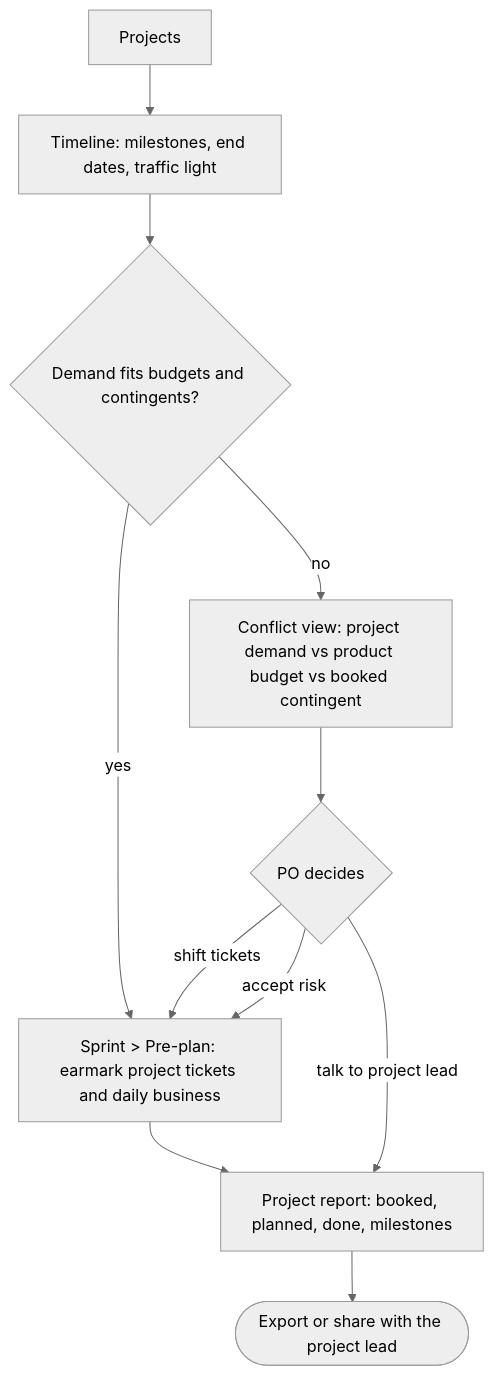
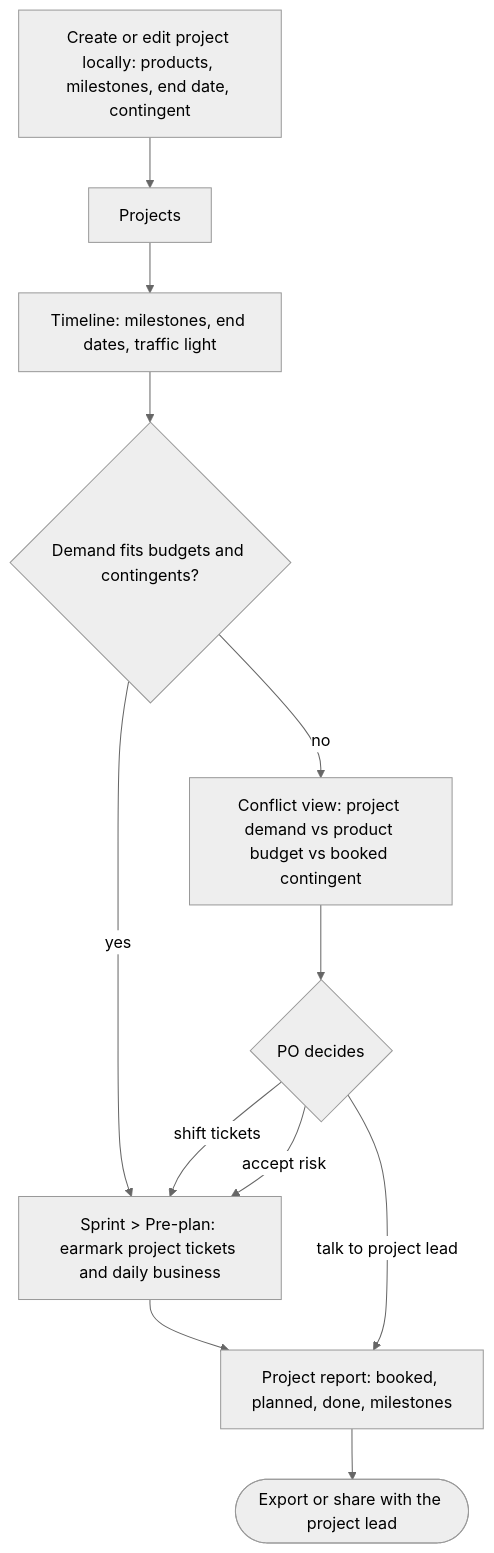
One commit to swallat/foresprint changed the tenth of 10 diagrams in docs/redesign/flows.md. Above: the diagram before and after it, drawn with Mermaid (neutral theme). The commit also changed other lines of this file, not shown here.

````diff
--- a/docs/redesign/flows.md
+++ b/docs/redesign/flows.md
@@ -261,13 +264,14 @@
 ```mermaid
 flowchart TD
+  N[Create or edit project locally: products, milestones, end date, contingent] --> P
   P[Projects] --> T[Timeline: milestones, end dates, traffic light]
   T --> D{Demand fits budgets and contingents?}
   D -- yes --> S[Sprint > Pre-plan: earmark project tickets and daily business]
   D -- no --> C[Conflict view: project demand vs product budget vs booked contingent]
   C --> PO{PO decides}
   PO -- shift tickets --> S
   PO -- accept risk --> S
   PO -- talk to project lead --> R[Project report: booked, planned, done, milestones]
   S --> R
   R --> E([Export or share with the project lead])
 ```
````
